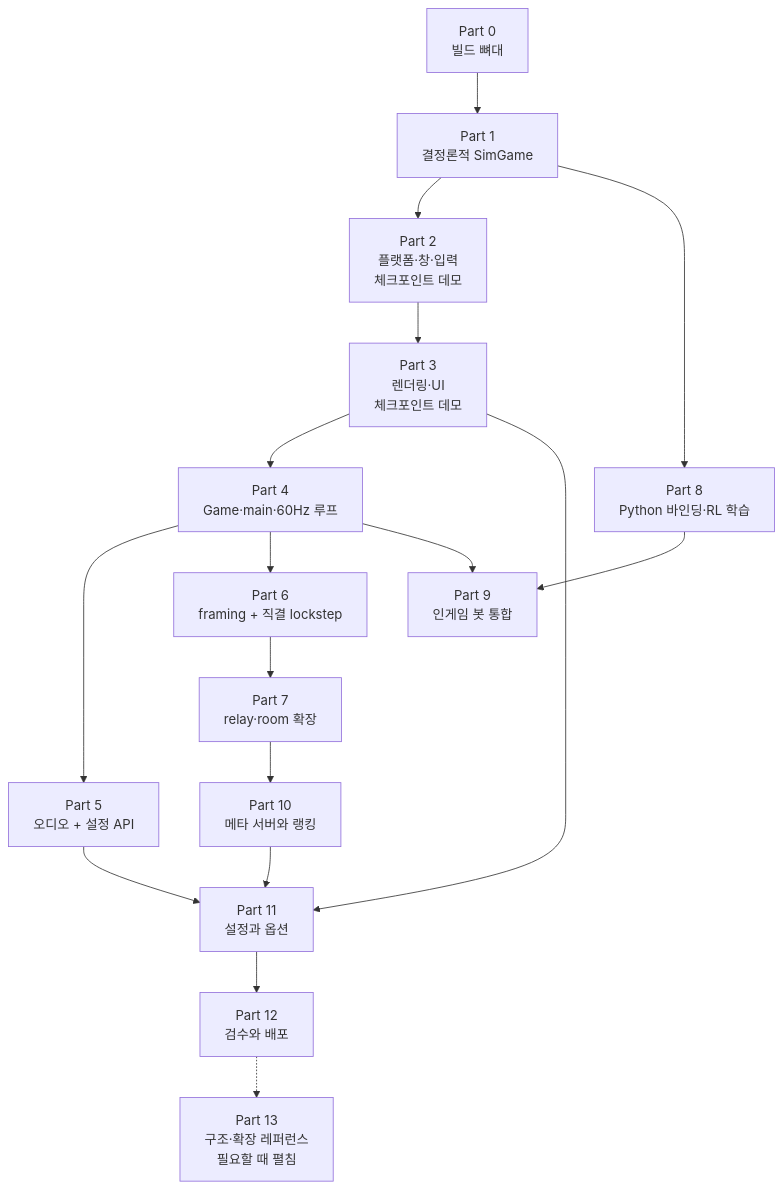
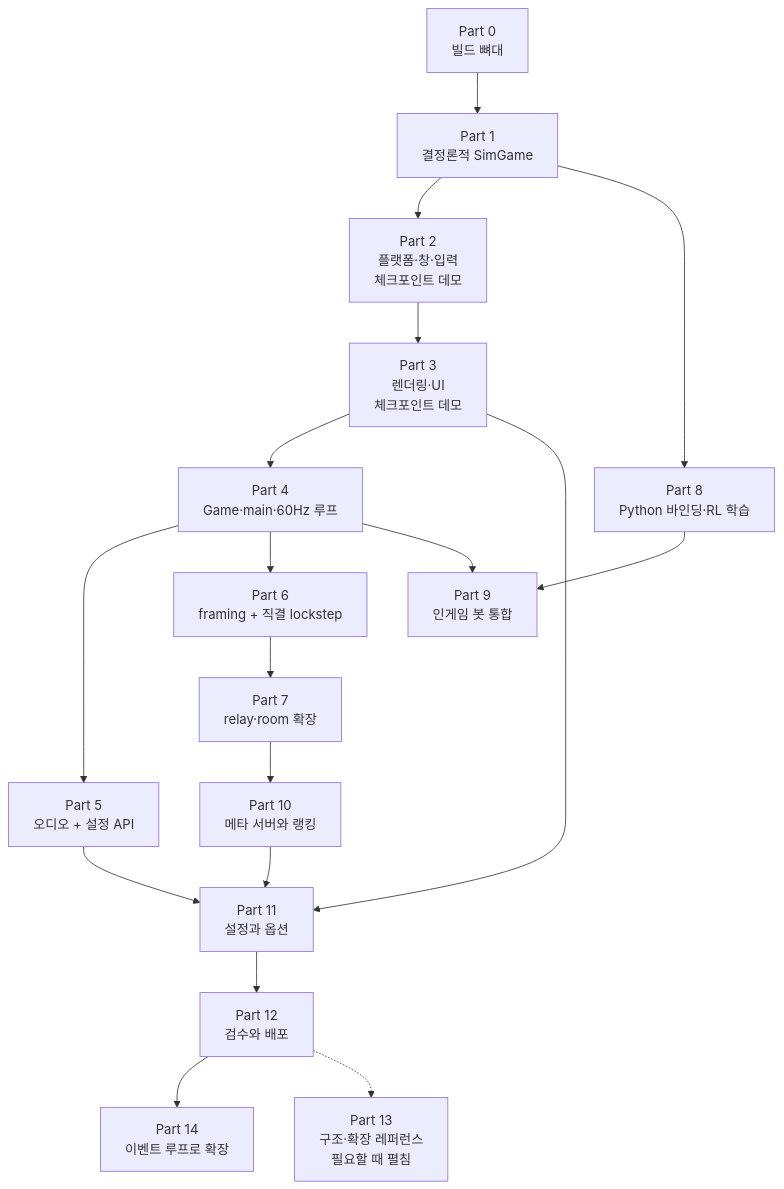
The first of 2 diagrams in docs/blog/README.md (Rein-ArXiv/Tetris-Multiplayer-RL), drawn with Mermaid before and after one commit. The commit also changed other lines of this file and 3 other files, not shown here.

````diff
--- a/docs/blog/README.md
+++ b/docs/blog/README.md
@@ -26,19 +26,20 @@
 ```mermaid
 graph TB
     P0[Part 0<br/>빌드 뼈대] --> P1[Part 1<br/>결정론적 SimGame]
     P1 --> P2[Part 2<br/>플랫폼·창·입력<br/>체크포인트 데모]
     P2 --> P3[Part 3<br/>렌더링·UI<br/>체크포인트 데모]
     P3 --> P4[Part 4<br/>Game·main·60Hz 루프]
     P4 --> P5[Part 5<br/>오디오 + 설정 API]
     P4 --> P6[Part 6<br/>framing + 직결 lockstep]
     P6 --> P7[Part 7<br/>relay·room 확장]
     P1 --> P8[Part 8<br/>Python 바인딩·RL 학습]
     P4 --> P9[Part 9<br/>인게임 봇 통합]
     P8 --> P9
     P7 --> P10[Part 10<br/>메타 서버와 랭킹]
     P3 --> P11[Part 11<br/>설정과 옵션]
     P5 --> P11
     P10 --> P11
     P11 --> P12[Part 12<br/>검수와 배포]
+    P12 --> P14[Part 14<br/>이벤트 루프로 확장]
     P12 -.-> P13[Part 13<br/>구조·확장 레퍼런스<br/>필요할 때 펼침]
 ```
````
